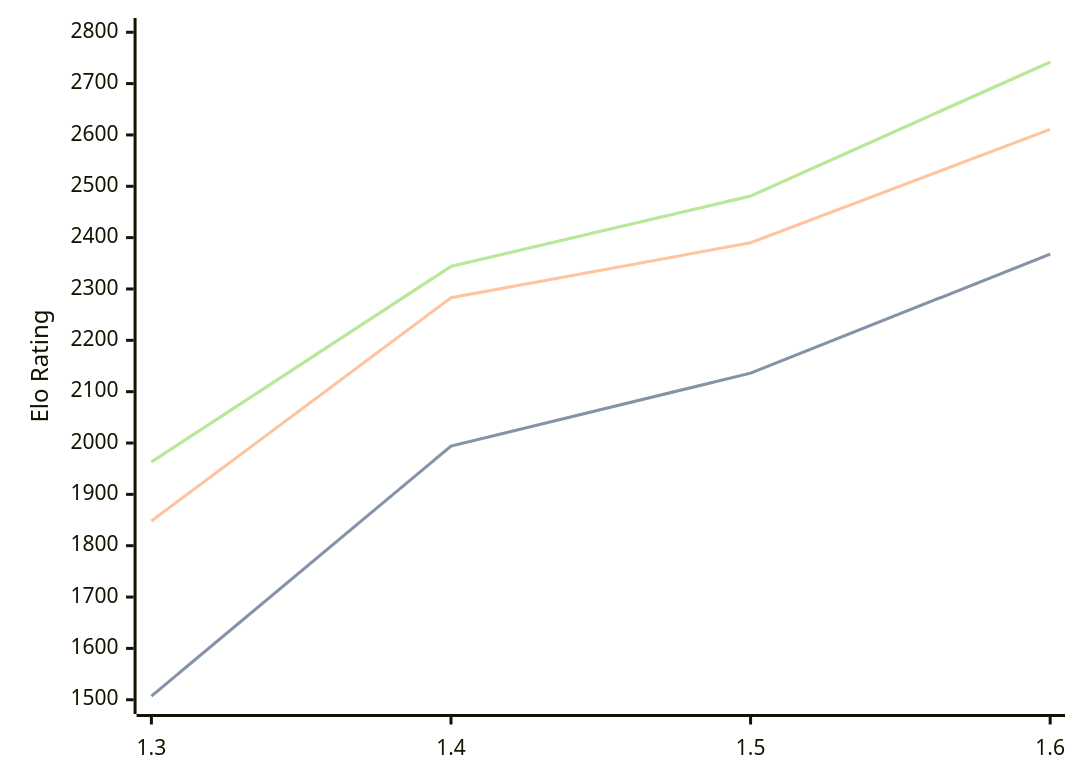
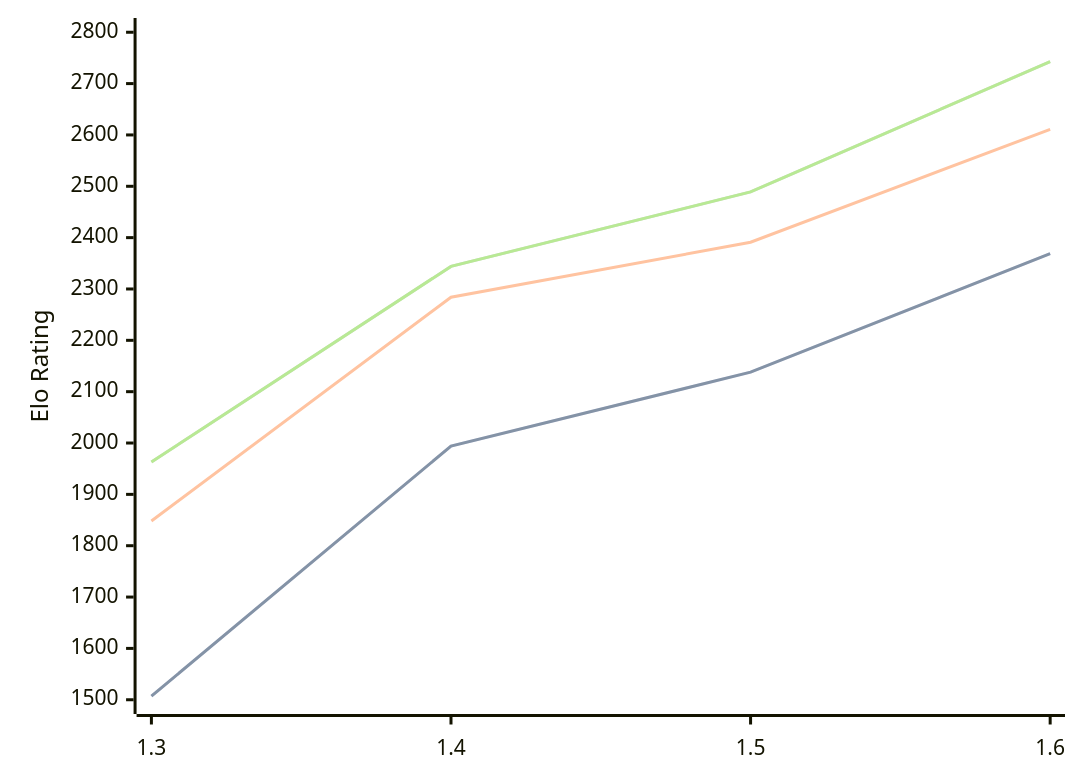
The first of 3 diagrams in engines/Facon.md (computer-chess-index/cci), drawn with Mermaid before and after one commit. The commit also changed other lines of this file, not shown here.

Commit message:
Update CCI Ratings (ELO VLTC) - 2026-07-14

````diff
--- a/engines/Facon.md
+++ b/engines/Facon.md
@@ -37,11 +37,11 @@
 ```mermaid
 %%{init: {"theme":"base","themeVariables":{"seriesColors:['#a3a3a3','#222221','#faa371']}}}%%
 xychart-beta
   x-axis ["1.3", "1.4", "1.5", "1.6"]
   y-axis "Elo Rating" 1500 --> 2800
-  line "STC (8.0+0.08s)" [1507, 1994, 2136, 2368]
-  line "STC (8.0+0.08s)" [1507, 1994, 2136, 2368]
-  line "LTC (60.0+0.60s)" [1848, 2283, 2390, 2611]
-  line "VLTC (2m24s+1.12s)" [1963, 2344, 2481, 2742]
-  line "VLTC (2m24s+1.12s)" [1963, 2344, 2481, 2742]
+  line "STC (8.0+0.08s)" [1507, 1994, 2138, 2369]
+  line "STC (8.0+0.08s)" [1507, 1994, 2138, 2369]
+  line "LTC (60.0+0.60s)" [1848, 2284, 2391, 2611]
+  line "VLTC (2m24s+1.12s)" [1963, 2344, 2489, 2743]
+  line "VLTC (2m24s+1.12s)" [1963, 2344, 2489, 2743]
 ```
````
